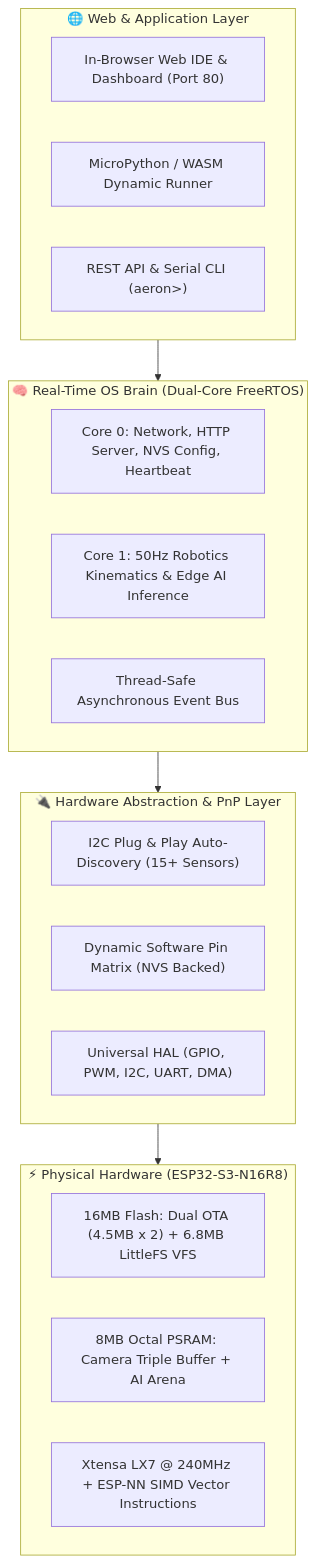
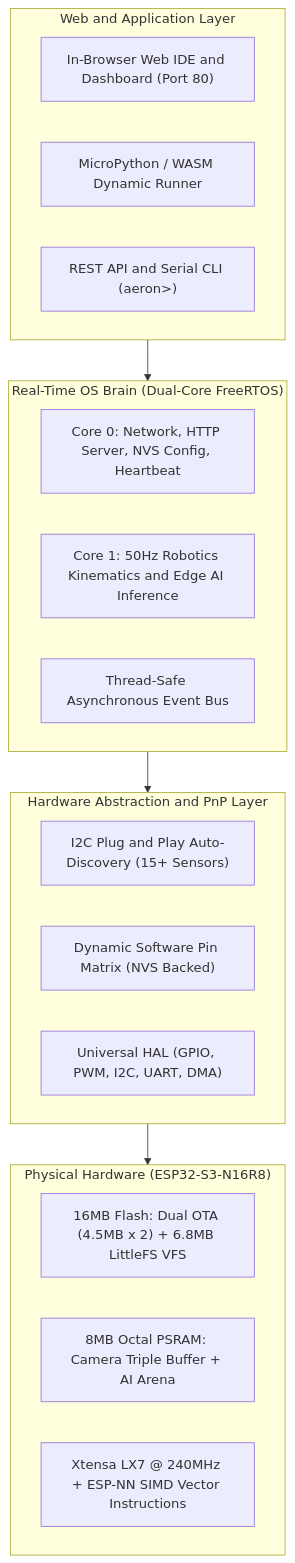
Before and after one commit to tamimystic/tamimystic-os: the diagram in docs/index.md, drawn with Mermaid. The commit also changed other lines of this file and 23 other files, not shown here.

````diff
--- a/docs/index.md
+++ b/docs/index.md
@@ -33,30 +33,30 @@
 ```mermaid
 graph TB
-    subgraph Layer4["🌐 Web & Application Layer"]
-        UI["In-Browser Web IDE & Dashboard (Port 80)"]
+    subgraph Layer4["Web and Application Layer"]
+        UI["In-Browser Web IDE and Dashboard (Port 80)"]
         PY["MicroPython / WASM Dynamic Runner"]
-        REST["REST API & Serial CLI (aeron>)"]
+        REST["REST API and Serial CLI (aeron>)"]
     end
 
-    subgraph Layer3["🧠 Real-Time OS Brain (Dual-Core FreeRTOS)"]
+    subgraph Layer3["Real-Time OS Brain (Dual-Core FreeRTOS)"]
         CORE0["Core 0: Network, HTTP Server, NVS Config, Heartbeat"]
-        CORE1["Core 1: 50Hz Robotics Kinematics & Edge AI Inference"]
+        CORE1["Core 1: 50Hz Robotics Kinematics and Edge AI Inference"]
         BUS["Thread-Safe Asynchronous Event Bus"]
     end
 
-    subgraph Layer2["🔌 Hardware Abstraction & PnP Layer"]
-        PNP["I2C Plug & Play Auto-Discovery (15+ Sensors)"]
+    subgraph Layer2["Hardware Abstraction and PnP Layer"]
+        PNP["I2C Plug and Play Auto-Discovery (15+ Sensors)"]
         MATRIX["Dynamic Software Pin Matrix (NVS Backed)"]
         HAL["Universal HAL (GPIO, PWM, I2C, UART, DMA)"]
     end
 
-    subgraph Layer1["⚡ Physical Hardware (ESP32-S3-N16R8)"]
+    subgraph Layer1["Physical Hardware (ESP32-S3-N16R8)"]
         FLASH["16MB Flash: Dual OTA (4.5MB x 2) + 6.8MB LittleFS VFS"]
         PSRAM["8MB Octal PSRAM: Camera Triple Buffer + AI Arena"]
         XTENSA["Xtensa LX7 @ 240MHz + ESP-NN SIMD Vector Instructions"]
     end
 
     Layer4 --> Layer3
     Layer3 --> Layer2
     Layer2 --> Layer1
 ```
````
